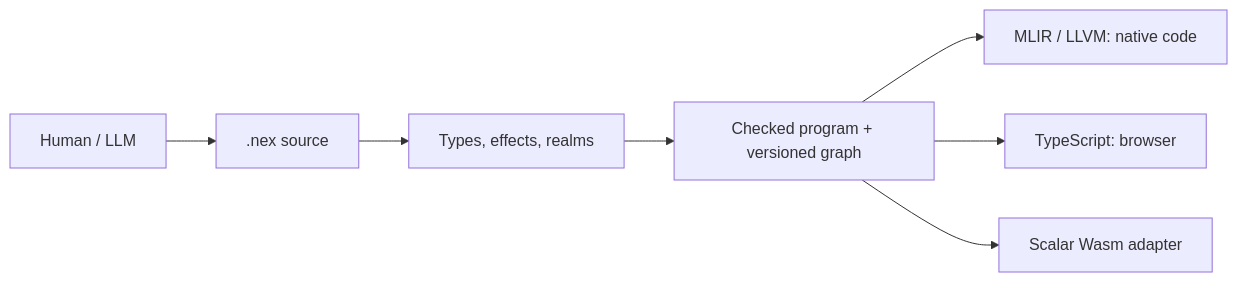
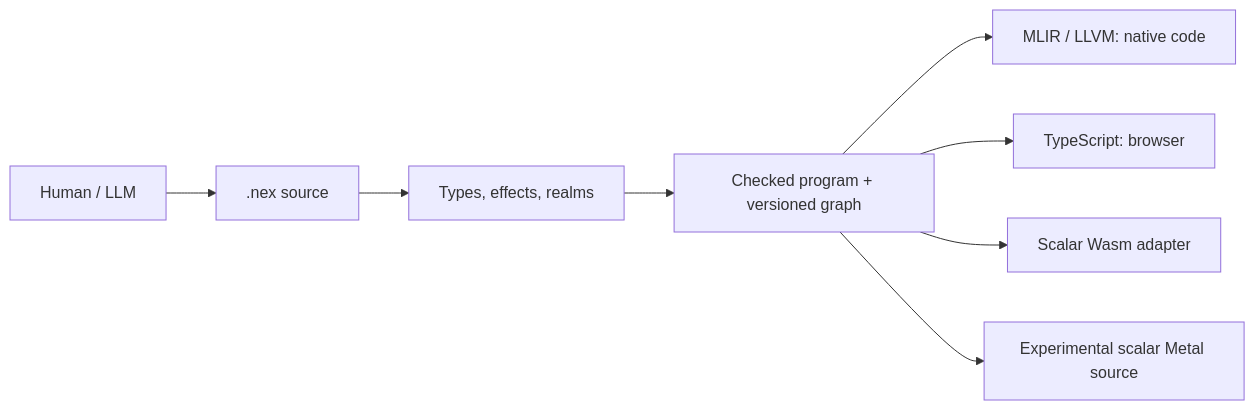
Before and after one commit to sae-ru/NEX: the diagram in docs/overview.en.md, drawn with Mermaid. The commit also changed other lines of this file and 10 other files, not shown here.

````diff
--- a/docs/overview.en.md
+++ b/docs/overview.en.md
@@ -44,9 +37,10 @@
 ```mermaid
 flowchart LR
     A["Human / LLM"] --> B[".nex source"]
     B --> C["Types, effects, realms"]
     C --> D["Checked program + versioned graph"]
     D --> E["MLIR / LLVM: native code"]
     D --> F["TypeScript: browser"]
     D --> G["Scalar Wasm adapter"]
+    D --> H["Experimental scalar Metal source"]
 ```
````
